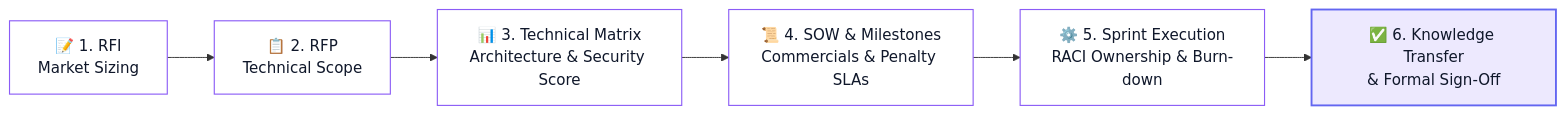
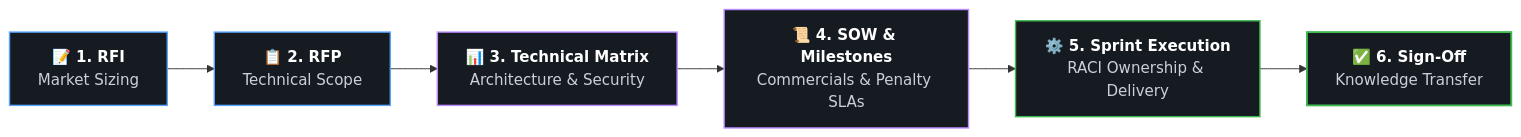
The eighth of 10 diagrams in README.md (Ankitasingh-singh/Ankitasingh-singh), drawn with Mermaid before and after one commit. The commit also changed other lines of this file, not shown here.

Commit message:
style: update mermaid diagram text and node styling for dark mode in README

````diff
--- a/README.md
+++ b/README.md
@@ -569,15 +569,15 @@
 ```mermaid
 flowchart LR
-    RFI["📝 1. RFI<br/>Market Sizing"] --> RFP["📋 2. RFP<br/>Technical Scope"]
-    RFP --> Matrix["📊 3. Technical Matrix<br/>Architecture & Security Score"]
-    Matrix --> SOW["📜 4. SOW & Milestones<br/>Commercials & Penalty SLAs"]
-    SOW --> Execution["⚙️ 5. Sprint Execution<br/>RACI Ownership & Burn-down"]
-    Execution --> Signoff["✅ 6. Knowledge Transfer<br/>& Formal Sign-Off"]
+    RFI["<b><font color='#ffffff'>📝 1. RFI</font></b><br/><font color='#c9d1d9'>Market Sizing</font>"] --> RFP["<b><font color='#ffffff'>📋 2. RFP</font></b><br/><font color='#c9d1d9'>Technical Scope</font>"]
+    RFP --> Matrix["<b><font color='#ffffff'>📊 3. Technical Matrix</font></b><br/><font color='#c9d1d9'>Architecture & Security</font>"]
+    Matrix --> SOW["<b><font color='#ffffff'>📜 4. SOW & Milestones</font></b><br/><font color='#c9d1d9'>Commercials & Penalty SLAs</font>"]
+    SOW --> Execution["<b><font color='#ffffff'>⚙️ 5. Sprint Execution</font></b><br/><font color='#c9d1d9'>RACI Ownership & Delivery</font>"]
+    Execution --> Signoff["<b><font color='#ffffff'>✅ 6. Sign-Off</font></b><br/><font color='#c9d1d9'>Knowledge Transfer</font>"]
 
-    style RFI fill:#ffffff,stroke:#8b5cf6,stroke-width:1.2px,color:#0f172a
-    style RFP fill:#ffffff,stroke:#8b5cf6,stroke-width:1.2px,color:#0f172a
-    style Matrix fill:#ffffff,stroke:#8b5cf6,stroke-width:1.2px,color:#0f172a
-    style SOW fill:#ffffff,stroke:#8b5cf6,stroke-width:1.2px,color:#0f172a
-    style Execution fill:#ffffff,stroke:#8b5cf6,stroke-width:1.2px,color:#0f172a
-    style Signoff fill:#ede9fe,stroke:#6366f1,stroke-width:2px,color:#0f172a
+    style RFI fill:#161b22,stroke:#58a6ff,stroke-width:1.5px
+    style RFP fill:#161b22,stroke:#58a6ff,stroke-width:1.5px
+    style Matrix fill:#161b22,stroke:#bc8cff,stroke-width:1.5px
+    style SOW fill:#161b22,stroke:#bc8cff,stroke-width:1.5px
+    style Execution fill:#161b22,stroke:#3fb950,stroke-width:1.5px
+    style Signoff fill:#161b22,stroke:#3fb950,stroke-width:2px
 ```
````
